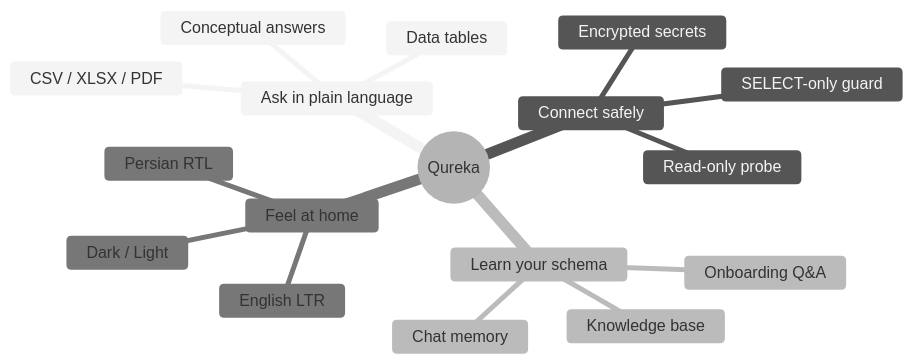
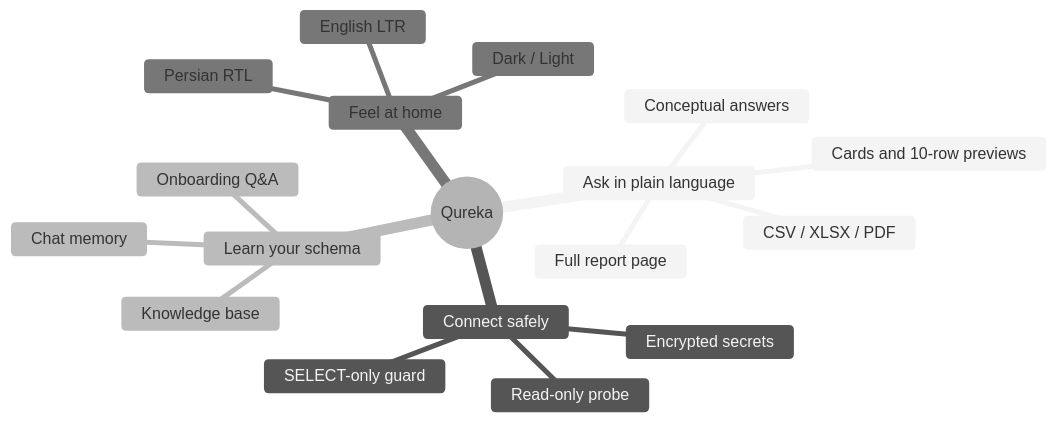
One commit to MTaheridev/Qureka changed the first of 5 diagrams in README.md. Above: the diagram before and after it, drawn with Mermaid (neutral theme). The commit also changed other lines of this file and 25 other files, not shown here.

````diff
--- a/README.md
+++ b/README.md
@@ -59,20 +61,21 @@
 ```mermaid
 mindmap
   root((Qureka))
     Ask in plain language
       Conceptual answers
-      Data tables
+      Cards and 10-row previews
+      Full report page
       CSV / XLSX / PDF
     Connect safely
       Read-only probe
       SELECT-only guard
       Encrypted secrets
     Learn your schema
       Onboarding Q&A
       Knowledge base
       Chat memory
     Feel at home
       English LTR
       Persian RTL
       Dark / Light
 ```
````
